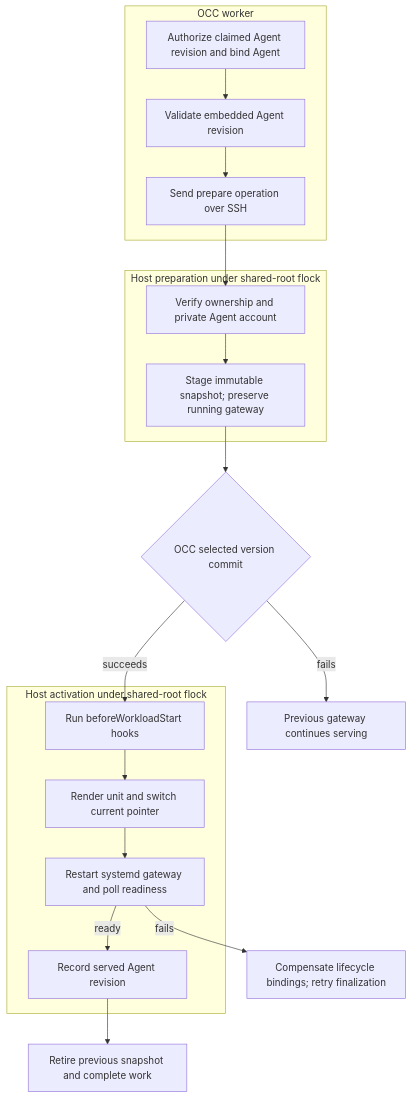
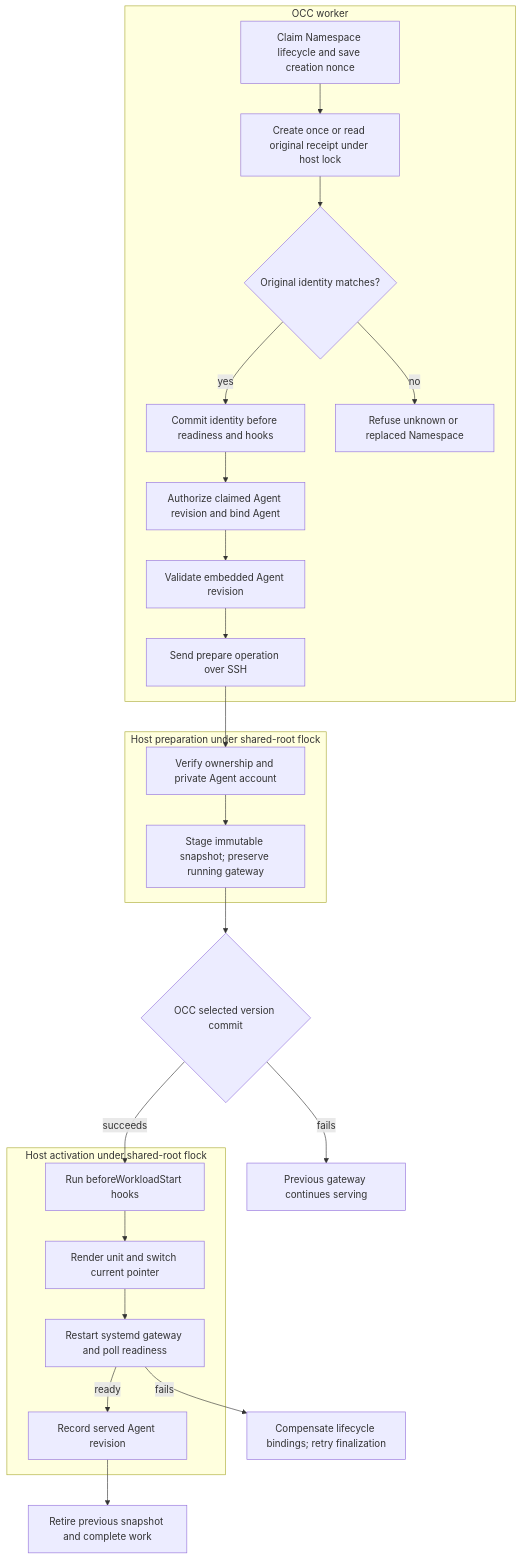
The diagram in docs/flows/pr-24-ssh-compute.md (openclaw/openclaw-enterprise), drawn with Mermaid before and after one commit. The commit also changed other lines of this file and 55 other files, not shown here.

Commit message:
fix: persist Namespace cleanup authority before teardown

````diff
--- a/docs/flows/pr-24-ssh-compute.md
+++ b/docs/flows/pr-24-ssh-compute.md
@@ -37,21 +37,26 @@
 ```mermaid
 graph TD
   subgraph OCC["OCC worker"]
-    A["Authorize claimed Agent revision and bind Agent"] --> B["Validate embedded Agent revision"]
+    N["Claim Namespace lifecycle and save creation nonce"] --> O["Create once or read original receipt under host lock"]
+    O --> Q{"Original identity matches?"}
+    Q -->|yes| P["Commit identity before readiness and hooks"]
+    Q -->|no| R["Refuse unknown or replaced Namespace"]
+    P --> A["Authorize claimed Agent revision and bind Agent"]
+    A --> B["Validate embedded Agent revision"]
     B --> C["Send prepare operation over SSH"]
   end
   subgraph Stage["Host preparation under shared-root flock"]
     C --> D["Verify ownership and private Agent account"]
     D --> E["Stage immutable snapshot; preserve running gateway"]
   end
   E --> F{"OCC selected version commit"}
   F -->|fails| G["Previous gateway continues serving"]
   F -->|succeeds| H["Run beforeWorkloadStart hooks"]
   subgraph Activate["Host activation under shared-root flock"]
     H --> I["Render unit and switch current pointer"]
     I --> J["Restart systemd gateway and poll readiness"]
     J -->|ready| K["Record served Agent revision"]
   end
   J -->|fails| L["Compensate lifecycle bindings; retry finalization"]
   K --> M["Retire previous snapshot and complete work"]
 ```
````
